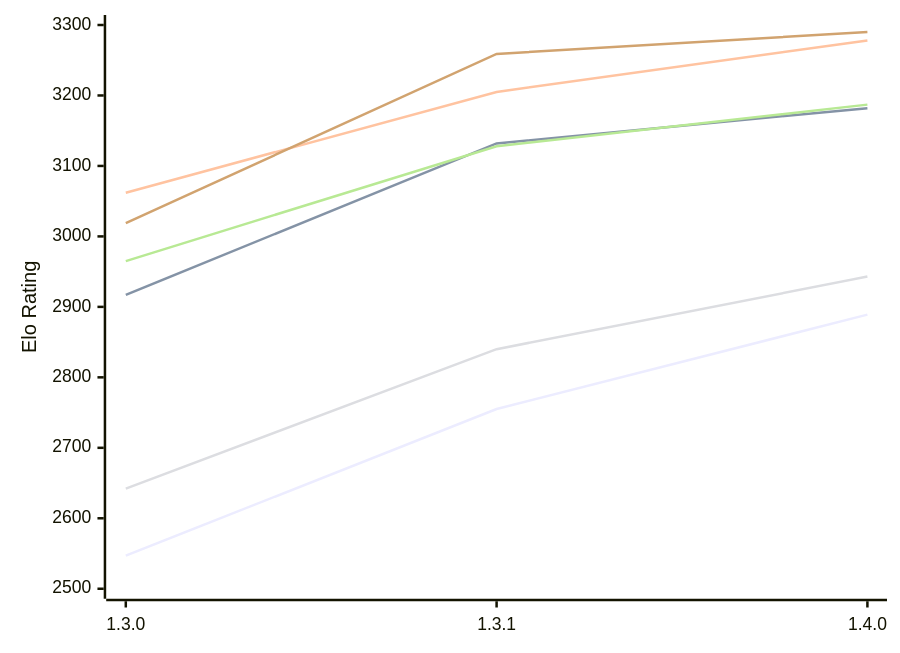
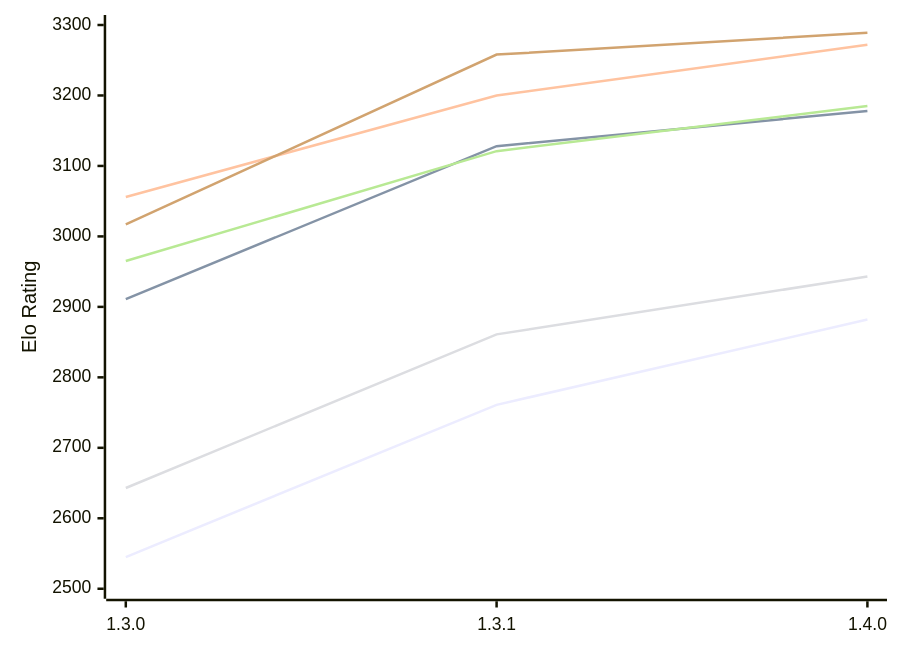
Before and after one commit to computer-chess-index/cci: the first of 2 diagrams in engines/Ember.md, drawn with Mermaid. The commit also changed other lines of this file, not shown here.

Commit message:
Update CCI Ratings (ELO VLTC) - 2026-11-26

````diff
--- a/engines/Ember.md
+++ b/engines/Ember.md
@@ -53,12 +53,12 @@
 ```mermaid
 %%{init: {"theme":"base","themeVariables":{"seriesColors:['#a3a3a3','#222221','#faa371']}}}%%
 xychart-beta
   x-axis ["1.3.0", "1.3.1", "1.4.0"]
   y-axis "Elo Rating" 2500 --> 3300
-  line "E1: STC (8.0+0.08s)" [2547, 2755, 2889]
-  line "E1: LTC (60.0+0.60s)" [2917, 3132, 3182]
-  line "E1: VLTC (2m24s+1.12s)" [3062, 3205, 3278]
-  line "P1: STC (8.0+0.08s)" [2642, 2840, 2943]
-  line "P1: LTC (60.0+0.60s)" [2965, 3128, 3187]
-  line "P1: VLTC (2m24s+1.12s)" [3019, 3259, 3290]
+  line "E1: STC (8.0+0.08s)" [2545, 2761, 2882]
+  line "E1: LTC (60.0+0.60s)" [2911, 3128, 3178]
+  line "E1: VLTC (2m24s+1.12s)" [3056, 3200, 3272]
+  line "P1: STC (8.0+0.08s)" [2643, 2861, 2943]
+  line "P1: LTC (60.0+0.60s)" [2965, 3121, 3185]
+  line "P1: VLTC (2m24s+1.12s)" [3017, 3258, 3289]
 ```
````
